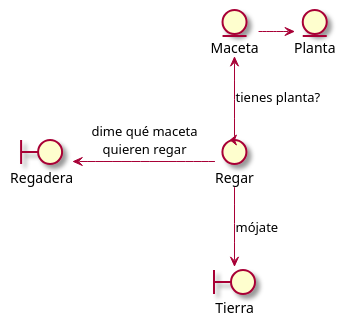
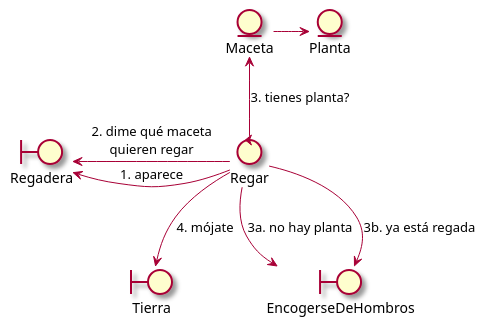
Before and after one commit to RicardoGuzmanVelasco/Learning: the diagram in Plants/Analysis.puml, drawn with PlantUML. The commit also changed 1 other file, not shown here.

```diff
--- a/Plants/Analysis.puml
+++ b/Plants/Analysis.puml
@@ -1,18 +1,22 @@
 @startuml
 skin rose 
 
 entity Maceta
 entity Planta
 
 control Regar
 
 boundary Tierra
 boundary Regadera
+boundary EncogerseDeHombros
 
-Regar -u-> Maceta : tienes planta?
+Regar -u-> Maceta : 3. tienes planta?
 Maceta -> Planta
 
-Regar --> Tierra : mójate
-Regar -l-> Regadera : dime qué maceta\nquieren regar
+Regar -l-> Regadera : 1. aparece
+Regar -l-> Regadera : 2. dime qué maceta\nquieren regar
+Regar --> Tierra : 4. mójate
+Regar --> EncogerseDeHombros : 3a. no hay planta
+Regar --> EncogerseDeHombros : 3b. ya está regada
 
 @enduml
```
